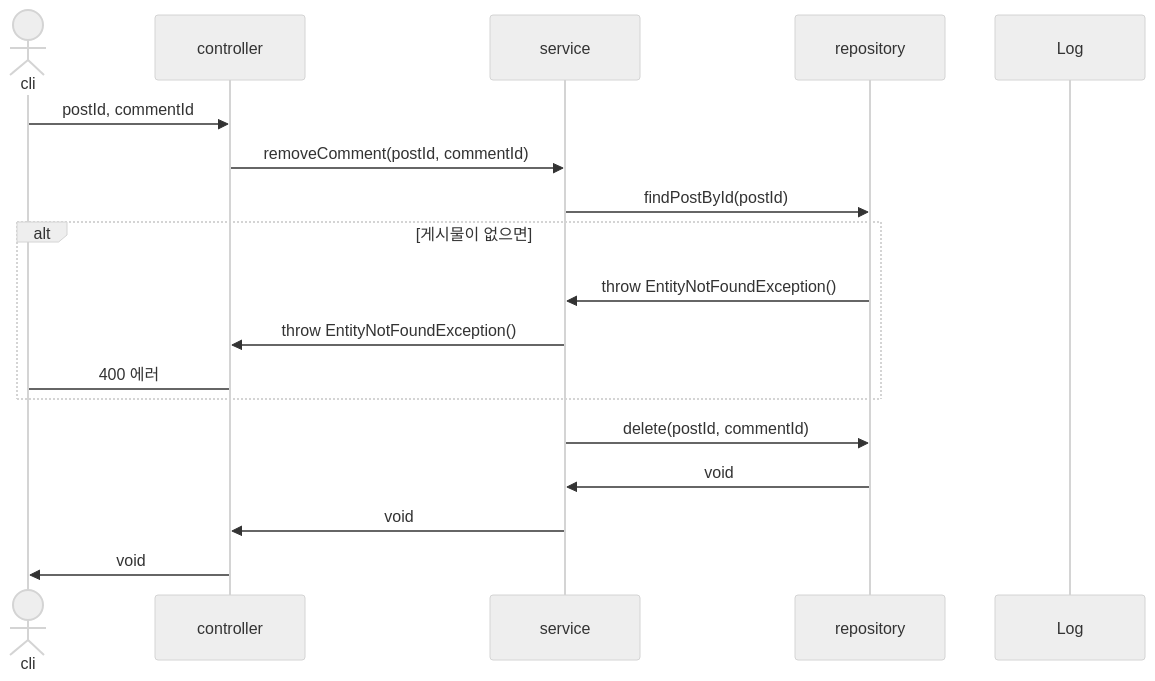
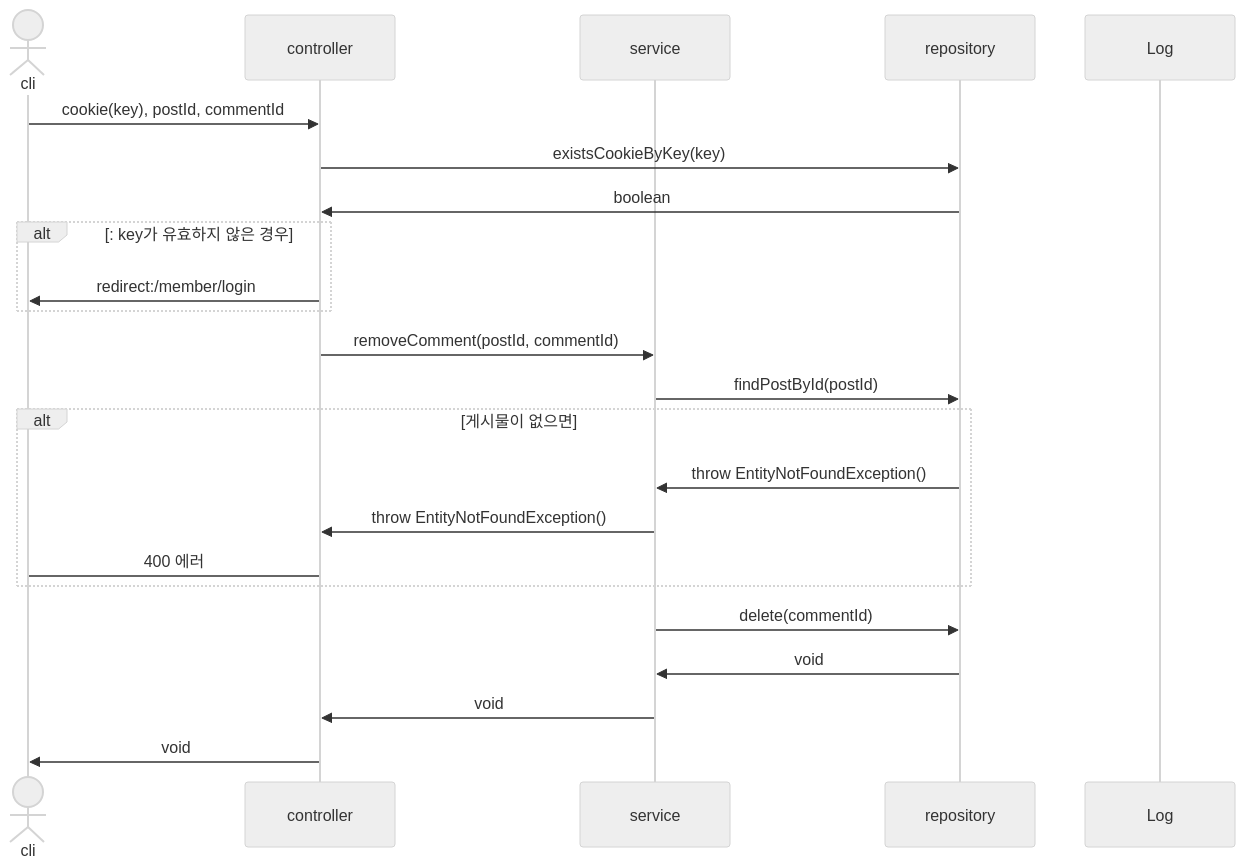
Diagram 21 of 29 in sequence.md (mtak0235/snsX), drawn with Mermaid (neutral theme) before and after one commit. The commit also changed other lines of this file, not shown here.

Commit message:
update addComment & removeComment sequence diagram

````diff
--- a/sequence.md
+++ b/sequence.md
@@ -512,21 +517,26 @@
 ```mermaid
 sequenceDiagram
 actor cli
 participant c as controller
 participant s as service
 participant r as repository
 participant l as Log
 
-cli->>c: postId, commentId
+cli->>c: cookie(key), postId, commentId
+c->>r: existsCookieByKey(key)
+r->>c: boolean
+alt: key가 유효하지 않은 경우
+c->>cli: redirect:/member/login
+end
 c->>s: removeComment(postId, commentId)
 s->>r: findPostById(postId)
 alt 게시물이 없으면
 r->>s: throw EntityNotFoundException()
 s->>c: throw EntityNotFoundException()
 c->cli: 400 에러
 end
-s->>r: delete(postId, commentId)
+s->>r: delete(commentId)
 r->>s: void
 s->>c: void
 c->>cli: void
 ```
````
